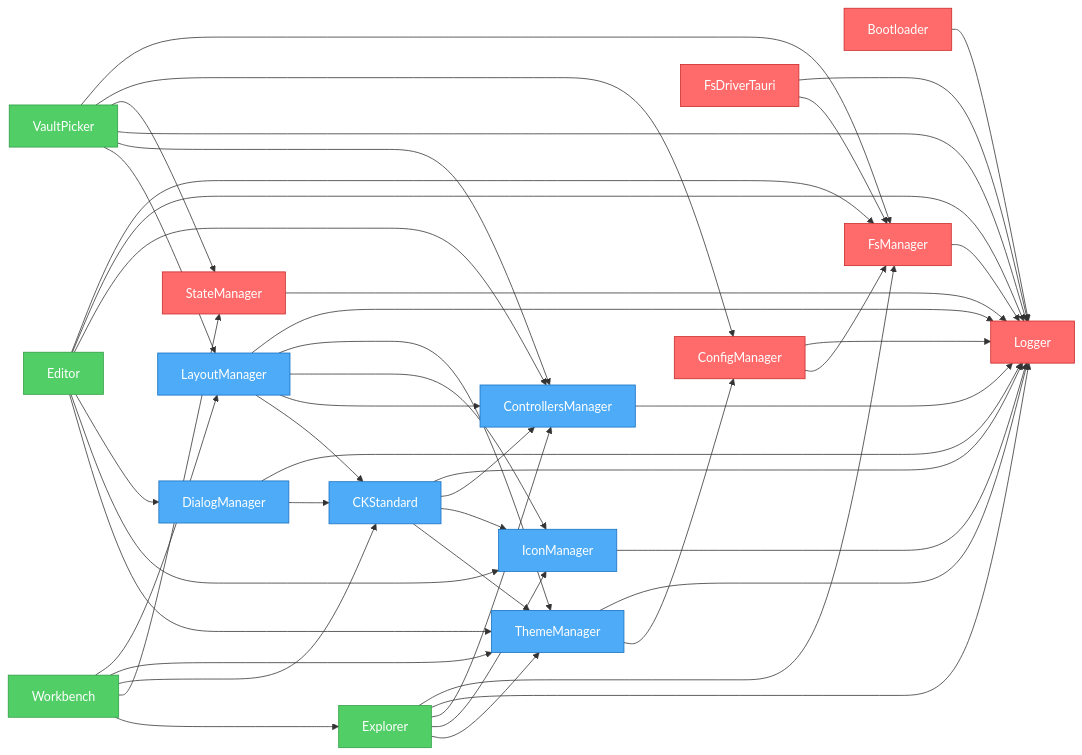
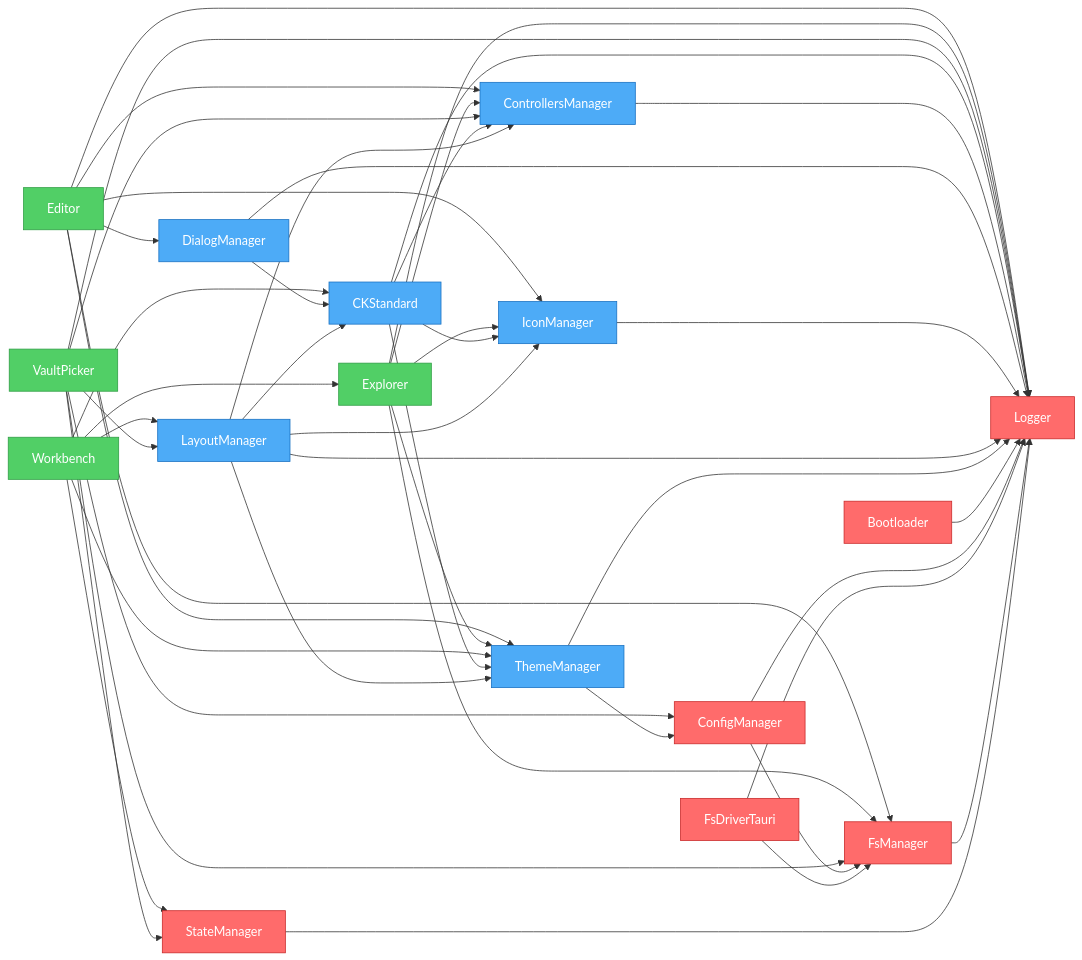
The diagram in artifacts/graph.mmd (khton-tech/notehub.md), drawn with Mermaid before and after one commit. The commit also changed 13 other files, not shown here.

Commit message:
feat: Add new editor plugin with CodeMirror integration, update plugin registry, and introduce plugin dependency graph visualization.

```diff
--- a/artifacts/graph.mmd
+++ b/artifacts/graph.mmd
@@ -1,70 +1,70 @@
 flowchart LR
     nh_features_editor["Editor"]
     nh_features_explorer["Explorer"]
     nh_features_workbench["Workbench"]
     nh_features_vault-picker["VaultPicker"]
-    nh_system_bootloader["Bootloader"]
-    nh_system_config-manager["ConfigManager"]
-    nh_system_fs-manager["FsManager"]
-    nh_system_fs-driver-tauri["FsDriverTauri"]
-    nh_system_logger["Logger"]
-    nh_system_state-manager["StateManager"]
     nh_ui_ck-standard["CKStandard"]
     nh_ui_controllers-manager["ControllersManager"]
     nh_ui_dialog-manager["DialogManager"]
     nh_ui_icon-manager["IconManager"]
     nh_ui_layout-manager["LayoutManager"]
     nh_ui_theme-manager["ThemeManager"]
+    nh_system_bootloader["Bootloader"]
+    nh_system_config-manager["ConfigManager"]
+    nh_system_fs-driver-tauri["FsDriverTauri"]
+    nh_system_fs-manager["FsManager"]
+    nh_system_logger["Logger"]
+    nh_system_state-manager["StateManager"]
     nh_features_editor --> nh_system_fs-manager
     nh_features_editor --> nh_system_logger
     nh_features_editor --> nh_ui_controllers-manager
     nh_features_editor --> nh_ui_dialog-manager
     nh_features_editor --> nh_ui_icon-manager
     nh_features_editor --> nh_ui_theme-manager
     nh_features_explorer --> nh_system_fs-manager
     nh_features_explorer --> nh_system_logger
     nh_features_explorer --> nh_ui_controllers-manager
     nh_features_explorer --> nh_ui_icon-manager
     nh_features_explorer --> nh_ui_theme-manager
     nh_features_workbench --> nh_ui_layout-manager
     nh_features_workbench --> nh_ui_theme-manager
     nh_features_workbench --> nh_ui_ck-standard
     nh_features_workbench --> nh_system_state-manager
     nh_features_workbench --> nh_features_explorer
     nh_features_vault-picker --> nh_system_fs-manager
     nh_features_vault-picker --> nh_system_config-manager
     nh_features_vault-picker --> nh_system_state-manager
     nh_features_vault-picker --> nh_system_logger
     nh_features_vault-picker --> nh_ui_controllers-manager
     nh_features_vault-picker --> nh_ui_layout-manager
-    nh_system_bootloader --> nh_system_logger
-    nh_system_config-manager --> nh_system_logger
-    nh_system_config-manager --> nh_system_fs-manager
-    nh_system_fs-manager --> nh_system_logger
-    nh_system_fs-driver-tauri --> nh_system_logger
-    nh_system_fs-driver-tauri --> nh_system_fs-manager
-    nh_system_state-manager --> nh_system_logger
     nh_ui_ck-standard --> nh_system_logger
     nh_ui_ck-standard --> nh_ui_controllers-manager
     nh_ui_ck-standard --> nh_ui_icon-manager
     nh_ui_ck-standard --> nh_ui_theme-manager
     nh_ui_controllers-manager --> nh_system_logger
     nh_ui_dialog-manager --> nh_system_logger
     nh_ui_dialog-manager --> nh_ui_ck-standard
     nh_ui_icon-manager --> nh_system_logger
     nh_ui_layout-manager --> nh_system_logger
     nh_ui_layout-manager --> nh_ui_theme-manager
     nh_ui_layout-manager --> nh_ui_icon-manager
     nh_ui_layout-manager --> nh_ui_controllers-manager
     nh_ui_layout-manager --> nh_ui_ck-standard
     nh_ui_theme-manager --> nh_system_logger
     nh_ui_theme-manager --> nh_system_config-manager
+    nh_system_bootloader --> nh_system_logger
+    nh_system_config-manager --> nh_system_logger
+    nh_system_config-manager --> nh_system_fs-manager
+    nh_system_fs-driver-tauri --> nh_system_logger
+    nh_system_fs-driver-tauri --> nh_system_fs-manager
+    nh_system_fs-manager --> nh_system_logger
+    nh_system_state-manager --> nh_system_logger
 
     %% Styles
     classDef system fill:#ff6b6b,stroke:#c92a2a,color:#fff
     classDef ui fill:#4dabf7,stroke:#1971c2,color:#fff
     classDef feature fill:#51cf66,stroke:#2f9e44,color:#fff
     class nh_features_editor,nh_features_explorer,nh_features_workbench feature
     class nh_features_vault-picker feature
-    class nh_system_bootloader,nh_system_config-manager,nh_system_fs-manager,nh_system_fs-driver-tauri,nh_system_logger,nh_system_state-manager system
     class nh_ui_ck-standard,nh_ui_controllers-manager,nh_ui_dialog-manager,nh_ui_icon-manager,nh_ui_layout-manager,nh_ui_theme-manager ui
+    class nh_system_bootloader,nh_system_config-manager,nh_system_fs-driver-tauri,nh_system_fs-manager,nh_system_logger,nh_system_state-manager system
```
